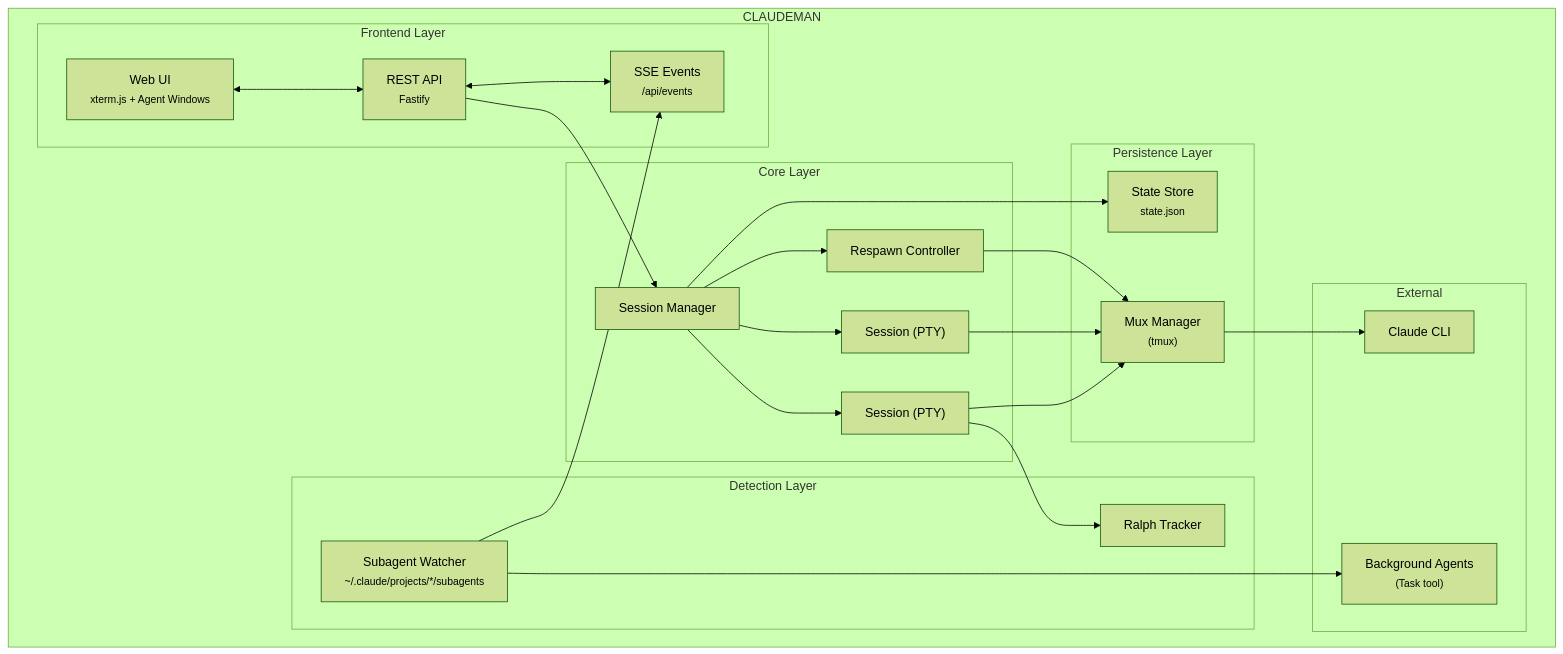
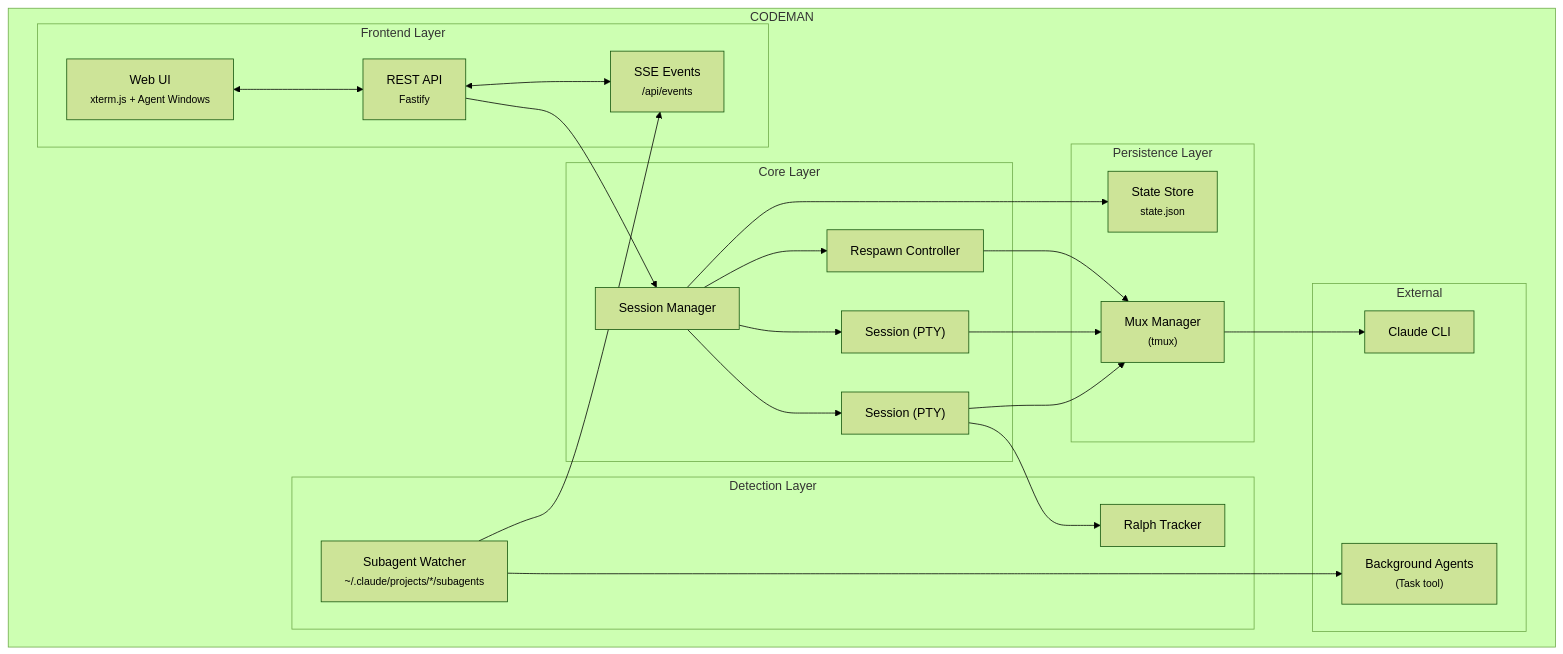
Before and after one commit to SGudbrandsson/Codeman: the diagram in README.md, drawn with Mermaid (forest theme). The commit also changed other lines of this file and 109 other files, not shown here.

First line of the commit message:
chore: rename Claudeman to Codeman

````diff
--- a/README.md
+++ b/README.md
@@ -269,47 +269,47 @@
 ```mermaid
 flowchart TB
-    subgraph Claudeman["CLAUDEMAN"]
+    subgraph Codeman["CODEMAN"]
         subgraph Frontend["Frontend Layer"]
             UI["Web UI<br/><small>xterm.js + Agent Windows</small>"]
             API["REST API<br/><small>Fastify</small>"]
             SSE["SSE Events<br/><small>/api/events</small>"]
         end
 
         subgraph Core["Core Layer"]
             SM["Session Manager"]
             S1["Session (PTY)"]
             S2["Session (PTY)"]
             RC["Respawn Controller"]
         end
 
         subgraph Detection["Detection Layer"]
             RT["Ralph Tracker"]
             SW["Subagent Watcher<br/><small>~/.claude/projects/*/subagents</small>"]
         end
 
         subgraph Persistence["Persistence Layer"]
             SCR["Mux Manager<br/><small>(tmux)</small>"]
             SS["State Store<br/><small>state.json</small>"]
         end
 
         subgraph External["External"]
             CLI["Claude CLI"]
             BG["Background Agents<br/><small>(Task tool)</small>"]
         end
     end
 
     UI <--> API
     API <--> SSE
     API --> SM
     SM --> S1
     SM --> S2
     SM --> RC
     SM --> SS
     S1 --> RT
     S1 --> SCR
     S2 --> SCR
     RC --> SCR
     SCR --> CLI
     SW --> BG
     SW --> SSE
 ```
````
